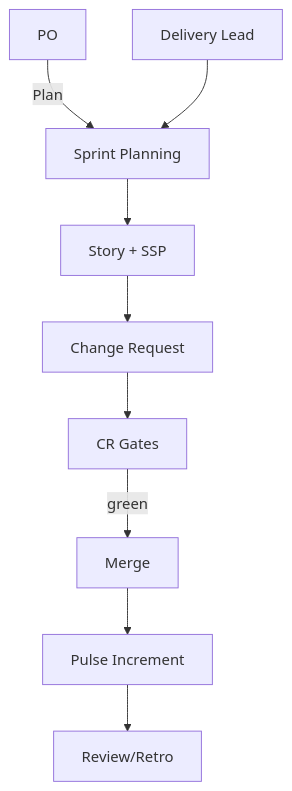
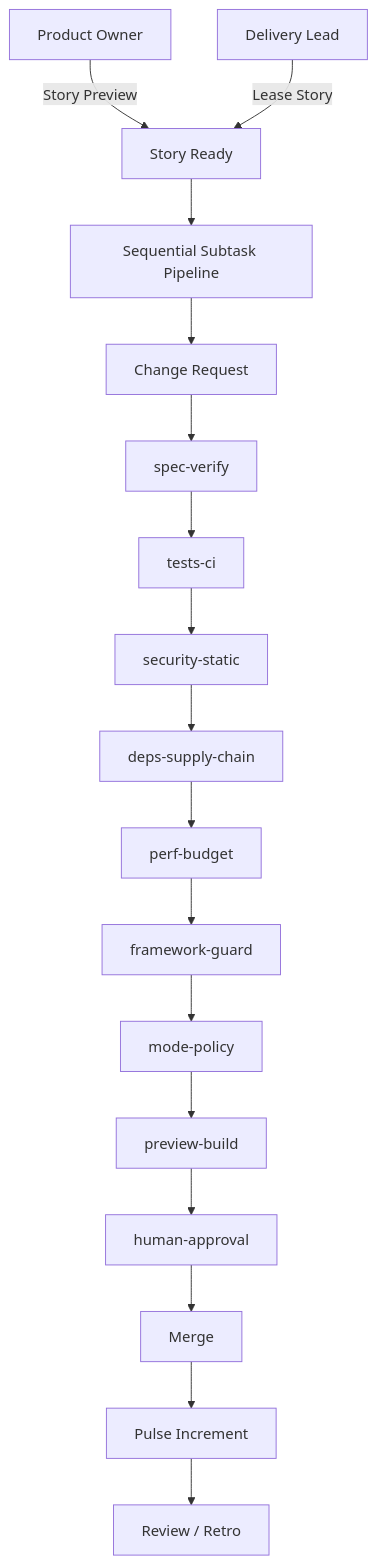
One commit to airnub/agentic-delivery-framework-internal changed the diagram in README.md. Above: the diagram before and after it, drawn with Mermaid.

Commit message:
docs: linearize method diagram

````diff
--- a/README.md
+++ b/README.md
@@ -65,11 +65,19 @@
 ```mermaid
 graph TD
-  PO[PO] -->|Plan| SP[Sprint Planning]
-  DL[Delivery Lead] --> SP
-  SP --> ST[Story + SSP]
-  ST --> CR[Change Request]
-  CR --> GATES[CR Gates]
-  GATES -->|green| MERGE[Merge]
+  PO[Product Owner] -->|Story Preview| READY[Story Ready]
+  DL[Delivery Lead] -->|Lease Story| READY
+  READY --> SSP[Sequential Subtask Pipeline]
+  SSP --> CR[Change Request]
+  CR --> SPEC[spec-verify]
+  SPEC --> TESTS[tests-ci]
+  TESTS --> SEC[security-static]
+  SEC --> DEPS[deps-supply-chain]
+  DEPS --> PERF[perf-budget]
+  PERF --> FRAMEWORK[framework-guard]
+  FRAMEWORK --> MODE[mode-policy]
+  MODE --> PREVIEW[preview-build]
+  PREVIEW --> HUMAN[human-approval]
+  HUMAN --> MERGE[Merge]
   MERGE --> PULSE[Pulse Increment]
-  PULSE --> REVIEW[Review/Retro]
+  PULSE --> REVIEW[Review / Retro]
 ```
````
